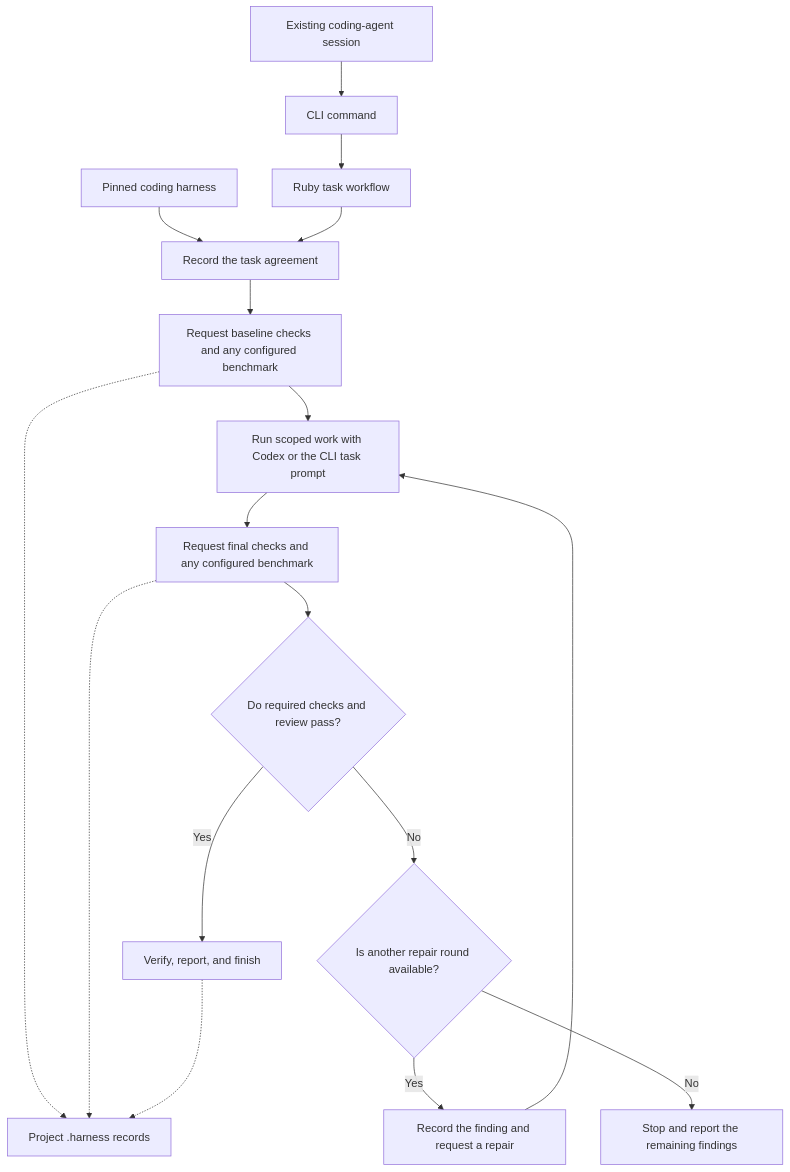
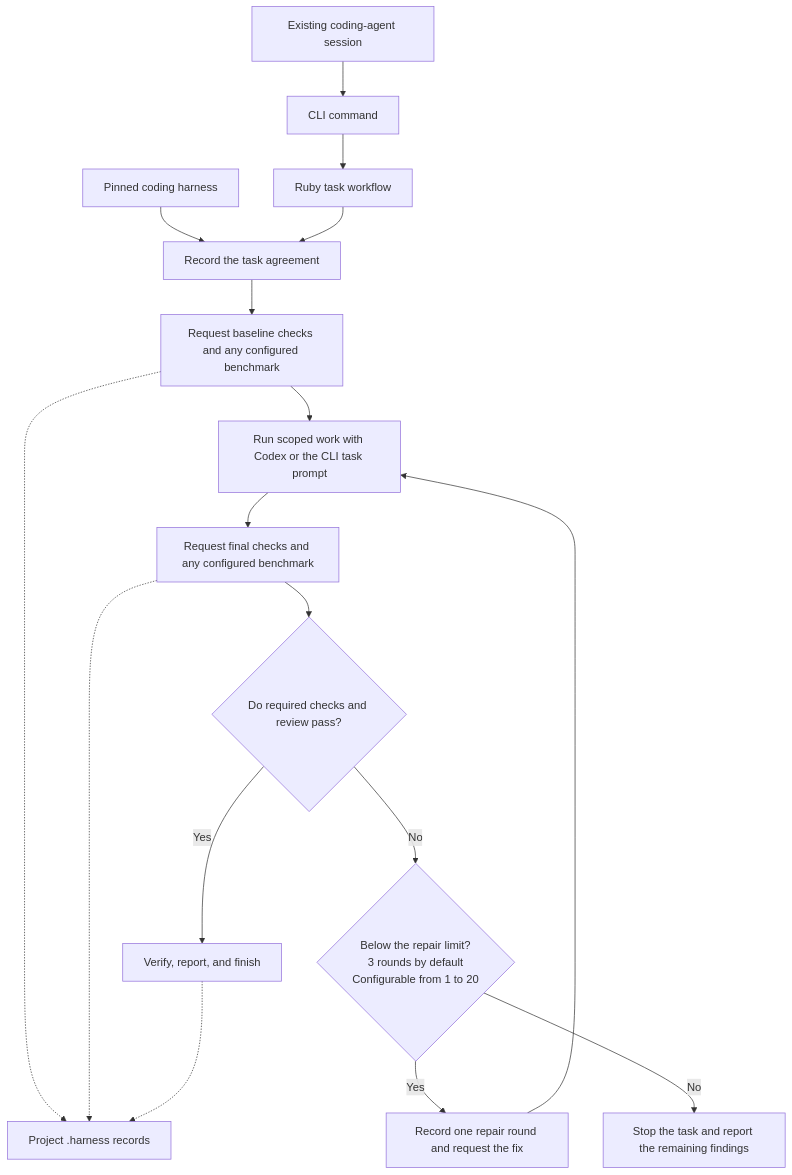
Before and after one commit to joshrice171723-creator/workbench: the diagram in README.md, drawn with Mermaid. The commit also changed other lines of this file and 1 other file, not shown here.

Commit message:
Show the repair round limit in the workflow diagram

````diff
--- a/README.md
+++ b/README.md
@@ -12,19 +12,19 @@
 ```mermaid
 flowchart TD
     CLI["CLI command"] --> Workflow["Ruby task workflow"]
     Chat["Existing coding-agent session"] --> CLI
     Engine["Pinned coding harness"] --> Agreement["Record the task agreement"]
     Workflow --> Agreement
     Agreement --> Baseline["Request baseline checks and any configured benchmark"]
     Baseline --> Work["Run scoped work with Codex or the CLI task prompt"]
     Work --> Final["Request final checks and any configured benchmark"]
     Final --> Review{"Do required checks and review pass?"}
     Review -->|Yes| Finish["Verify, report, and finish"]
-    Review -->|No| Limit{"Is another repair round available?"}
-    Limit -->|Yes| Repair["Record the finding and request a repair"]
+    Review -->|No| Limit{"Below the repair limit?<br/>3 rounds by default<br/>Configurable from 1 to 20"}
+    Limit -->|Yes| Repair["Record one repair round and request the fix"]
     Repair --> Work
-    Limit -->|No| Stop["Stop and report the remaining findings"]
+    Limit -->|No| Stop["Stop the task and report the remaining findings"]
     Baseline -.-> Records["Project .harness records"]
     Final -.-> Records
     Finish -.-> Records
 ```
````
